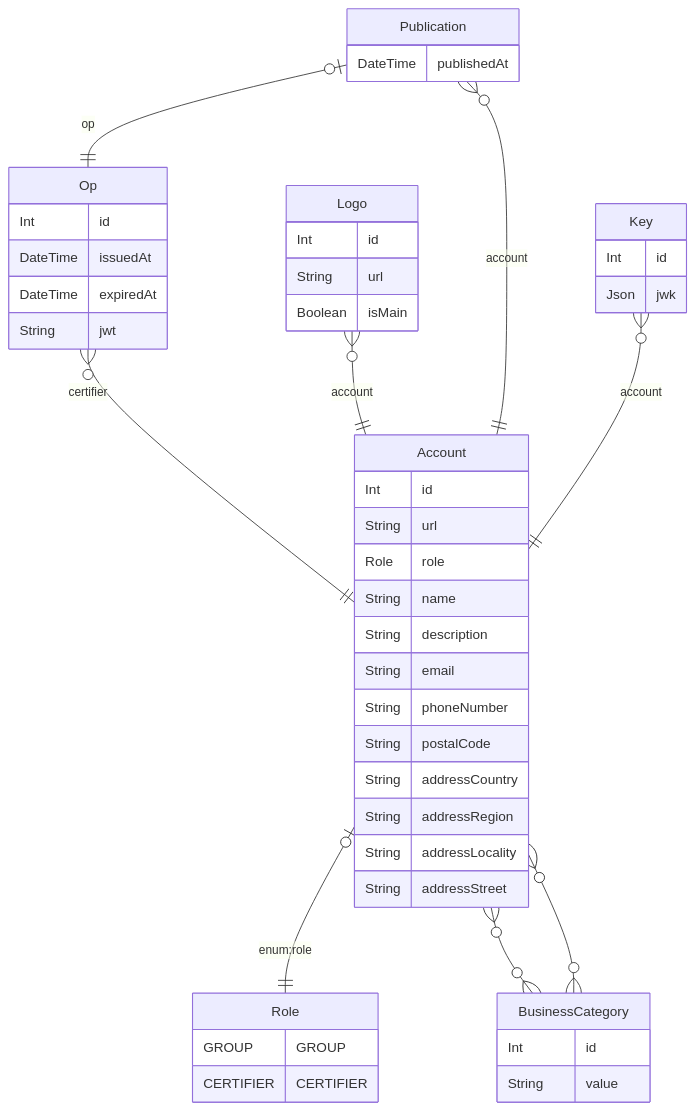
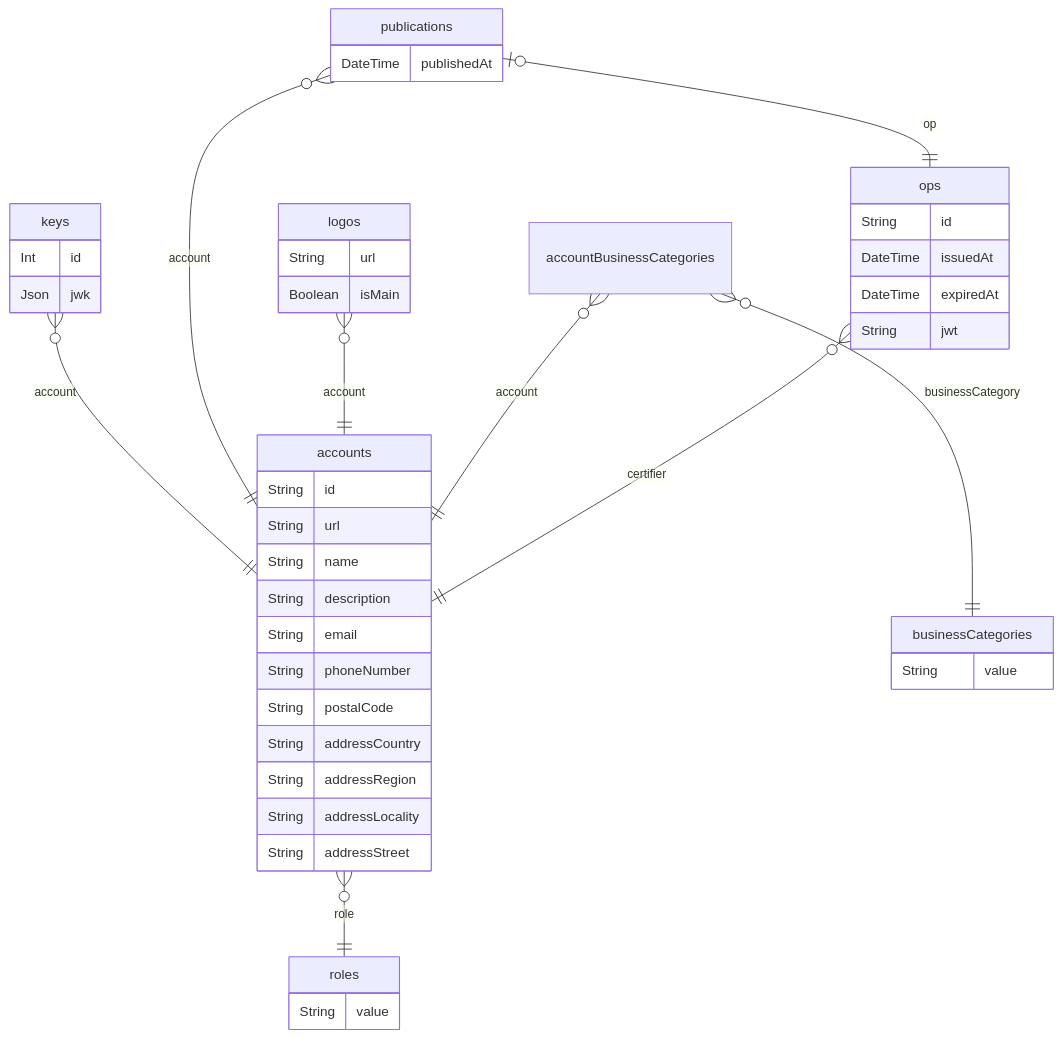
The diagram in docs/registry/assets/erd.md (originator-profile/profile-share), drawn with Mermaid before and after one commit. The commit also changed 1 other file, not shown here.

Commit message:
データベーススキーマの整理
- UUIDの使用
- ロゴ画像のPKへのURLの使用
- 明示的な多対多リレーション
- 単数形→複数形

````diff
--- a/docs/registry/assets/erd.md
+++ b/docs/registry/assets/erd.md
@@ -1,64 +1,66 @@
 ```mermaid
 erDiagram
 
-        Role {
-            GROUP GROUP
-CERTIFIER CERTIFIER
-        }
-    
-  Op {
-      Int id
+  ops {
+      String id
     DateTime issuedAt
     DateTime expiredAt
     String jwt
     }
   
 
-  Account {
-      Int id
+  accounts {
+      String id
     String url
-    Role role
     String name
     String description
     String email
     String phoneNumber
     String postalCode
     String addressCountry
     String addressRegion
     String addressLocality
     String addressStreet
     }
   
 
-  BusinessCategory {
-      Int id
-    String value
+  roles {
+      String value
     }
   
 
-  Logo {
-      Int id
-    String url
+  businessCategories {
+      String value
+    }
+  
+
+  accountBusinessCategories {
+  
+    }
+  
+
+  logos {
+      String url
     Boolean isMain
     }
   
 
-  Publication {
+  publications {
       DateTime publishedAt
     }
   
 
-  Key {
+  keys {
       Int id
     Json jwk
     }
   
-    Op o{--|| Account : "certifier"
-    Account o|--|| Role : "enum:role"
-    Account o{--}o BusinessCategory : ""
-    BusinessCategory o{--}o Account : ""
-    Logo o{--|| Account : "account"
-    Publication o|--|| Op : "op"
-    Publication o{--|| Account : "account"
-    Key o{--|| Account : "account"
+    ops o{--|| accounts : "certifier"
+    accounts o{--|| roles : "role"
+    accountBusinessCategories o{--|| accounts : "account"
+    accountBusinessCategories o{--|| businessCategories : "businessCategory"
+    logos o{--|| accounts : "account"
+    publications o|--|| ops : "op"
+    publications o{--|| accounts : "account"
+    keys o{--|| accounts : "account"
 ```
````
